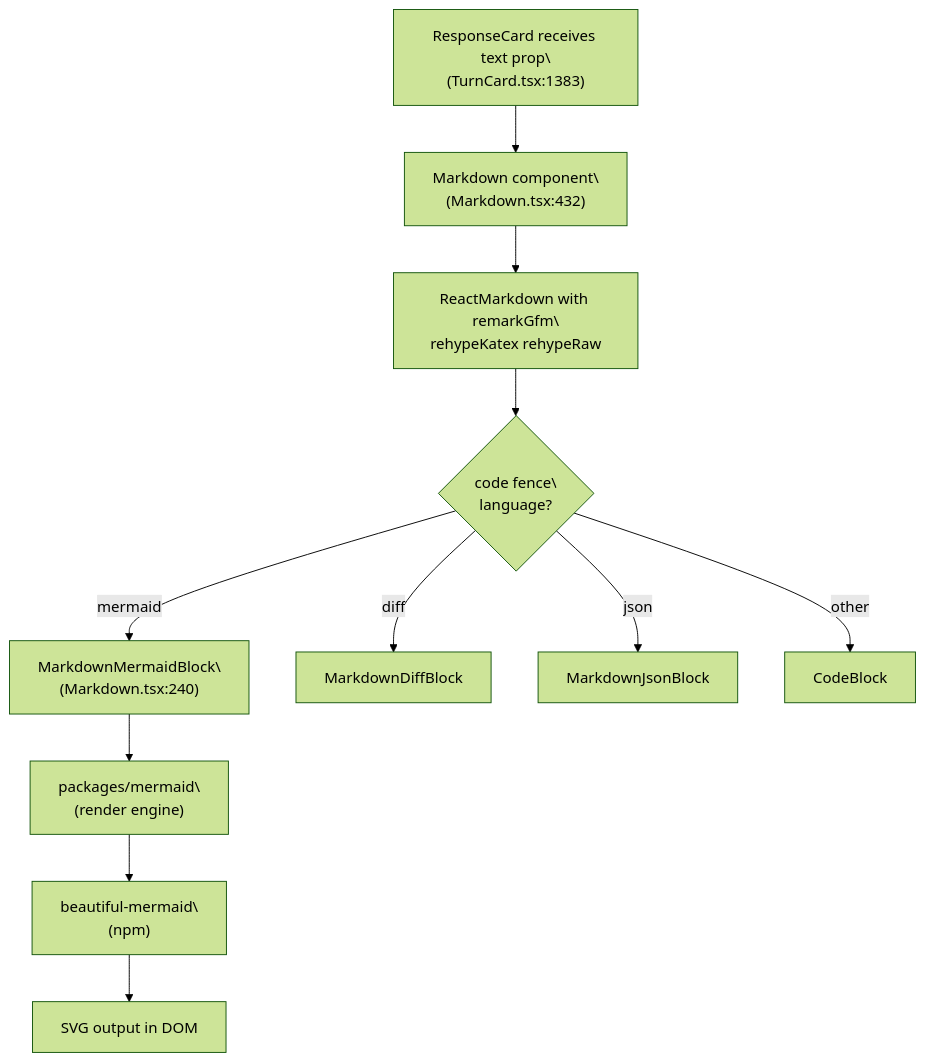
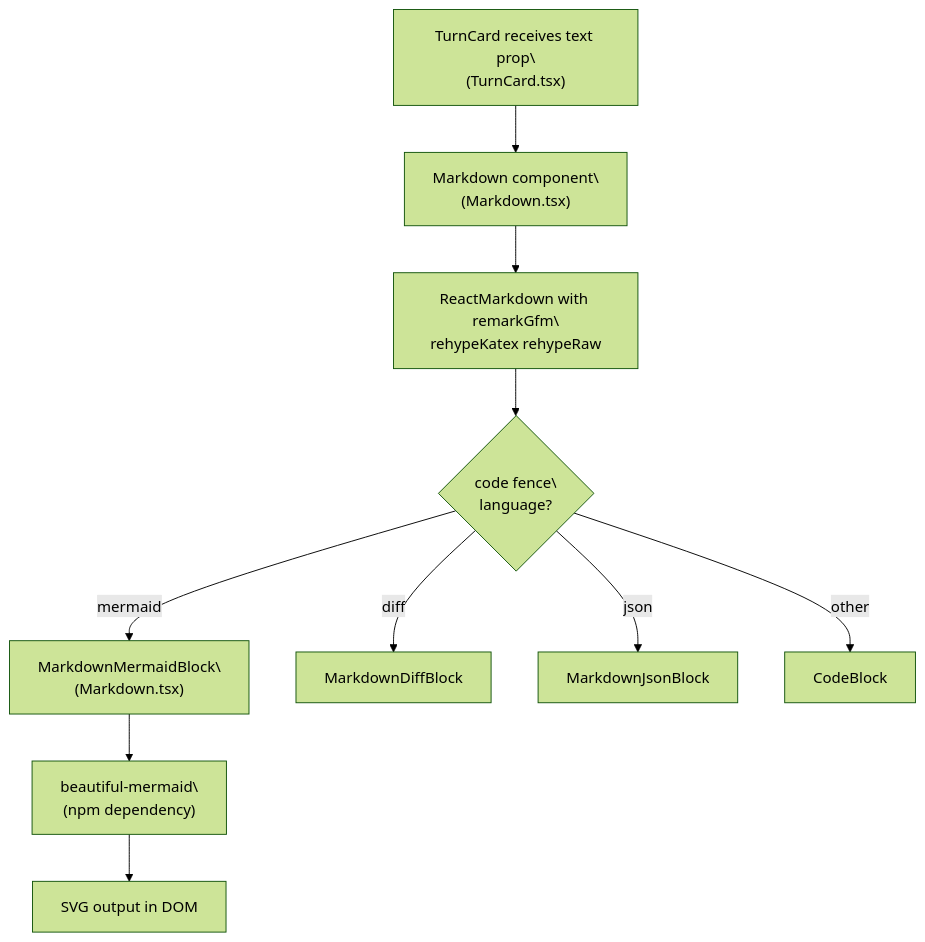
The second of 4 diagrams in docs/lukilabs_craft-agents-oss/architecture/mermaid-diagram-rendering.md (blackcater/zentree), drawn with Mermaid (forest theme) before and after one commit. The commit also changed other lines of this file and 232 other files, not shown here.

````diff
--- a/docs/lukilabs_craft-agents-oss/architecture/mermaid-diagram-rendering.md
+++ b/docs/lukilabs_craft-agents-oss/architecture/mermaid-diagram-rendering.md
@@ -63,20 +71,18 @@
 ```mermaid
 flowchart TD
-  A["ResponseCard receives text prop\
-(TurnCard.tsx:1383)"] --> B["Markdown component\
-(Markdown.tsx:432)"]
+  A["TurnCard receives text prop\
+(TurnCard.tsx)"] --> B["Markdown component\
+(Markdown.tsx)"]
   B --> C["ReactMarkdown with remarkGfm\
 rehypeKatex rehypeRaw"]
   C --> D{"code fence\
 language?"}
   D -- "mermaid" --> E["MarkdownMermaidBlock\
-(Markdown.tsx:240)"]
+(Markdown.tsx)"]
   D -- "diff" --> F["MarkdownDiffBlock"]
   D -- "json" --> G["MarkdownJsonBlock"]
   D -- "other" --> H["CodeBlock"]
-  E --> I["packages/mermaid\
-(render engine)"]
-  I --> J["beautiful-mermaid\
-(npm)"]
-  J --> K["SVG output in DOM"]
+  E --> I["beautiful-mermaid\
+(npm dependency)"]
+  I --> J["SVG output in DOM"]
 ```
````
